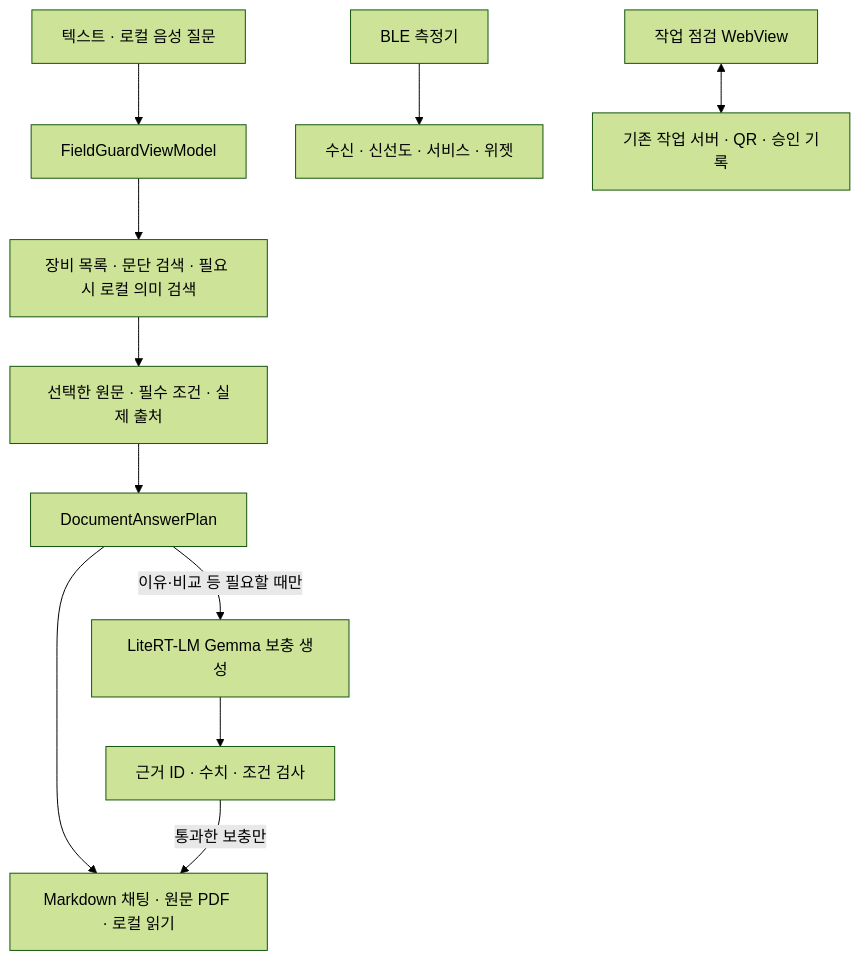
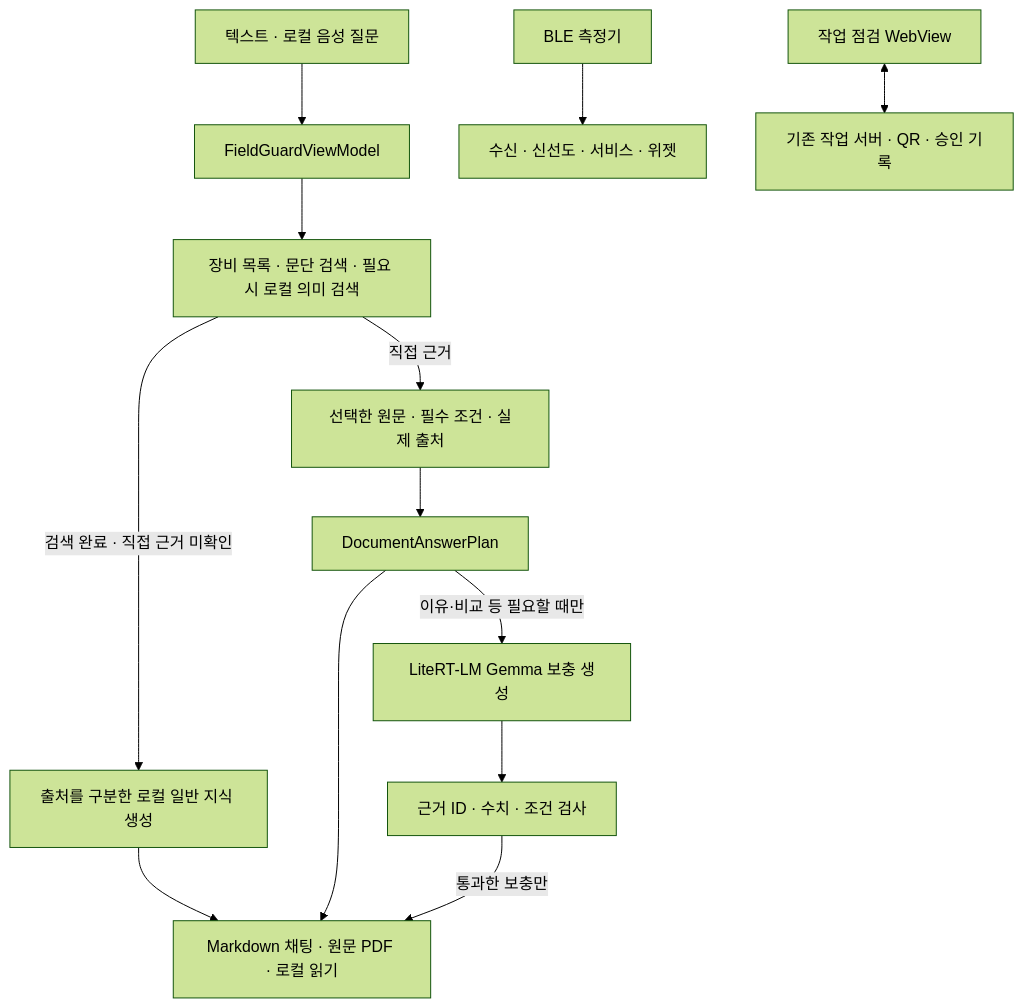
The diagram in README.md (minyook/HybridTech), drawn with Mermaid (forest theme) before and after one commit. The commit also changed other lines of this file and 17 other files, not shown here.

````diff
--- a/README.md
+++ b/README.md
@@ -57,13 +60,15 @@
 ```mermaid
 flowchart TD
   Q[텍스트 · 로컬 음성 질문] --> VM[FieldGuardViewModel]
   VM --> R[장비 목록 · 문단 검색 · 필요 시 로컬 의미 검색]
-  R --> D[선택한 원문 · 필수 조건 · 실제 출처]
+  R -->|직접 근거| D[선택한 원문 · 필수 조건 · 실제 출처]
+  R -->|검색 완료 · 직접 근거 미확인| K[출처를 구분한 로컬 일반 지식 생성]
+  K --> UI
   D --> P[DocumentAnswerPlan]
   P --> UI[Markdown 채팅 · 원문 PDF · 로컬 읽기]
   P -->|이유·비교 등 필요할 때만| AI[LiteRT-LM Gemma 보충 생성]
   AI --> V[근거 ID · 수치 · 조건 검사]
   V -->|통과한 보충만| UI
   B[BLE 측정기] --> G[수신 · 신선도 · 서비스 · 위젯]
   W[작업 점검 WebView] <--> S[기존 작업 서버 · QR · 승인 기록]
 ```
````
